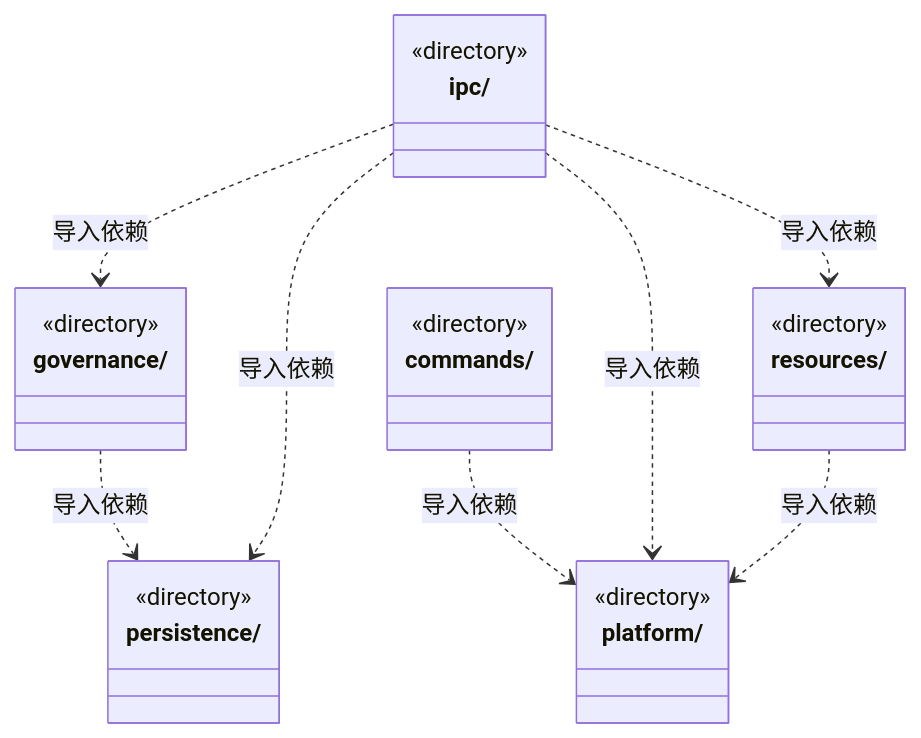
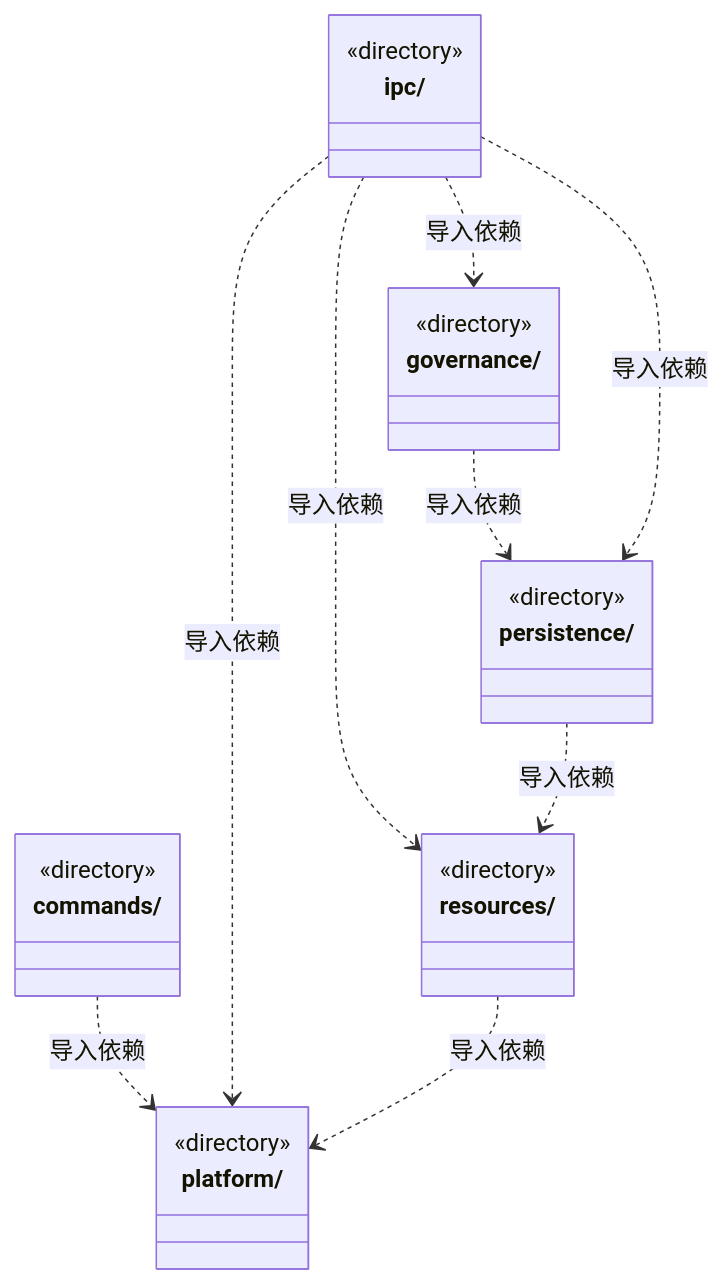
Before and after one commit to nan023062/cbim: the first of 6 diagrams in src/backend/main/ARCHITECTURE.md, drawn with Mermaid. The commit also changed other lines of this file and 64 other files, not shown here.

````diff
--- a/src/backend/main/ARCHITECTURE.md
+++ b/src/backend/main/ARCHITECTURE.md
@@ -22,28 +22,29 @@
 ```mermaid
 classDiagram
 class N_src_backend_main_commands["commands/"] {
   <<directory>>
 }
 class N_src_backend_main_governance["governance/"] {
   <<directory>>
 }
 class N_src_backend_main_ipc["ipc/"] {
   <<directory>>
 }
 class N_src_backend_main_persistence["persistence/"] {
   <<directory>>
 }
 class N_src_backend_main_platform["platform/"] {
   <<directory>>
 }
 class N_src_backend_main_resources["resources/"] {
   <<directory>>
 }
 N_src_backend_main_commands ..> N_src_backend_main_platform : 导入依赖
 N_src_backend_main_governance ..> N_src_backend_main_persistence : 导入依赖
 N_src_backend_main_ipc ..> N_src_backend_main_persistence : 导入依赖
 N_src_backend_main_ipc ..> N_src_backend_main_resources : 导入依赖
 N_src_backend_main_ipc ..> N_src_backend_main_platform : 导入依赖
 N_src_backend_main_ipc ..> N_src_backend_main_governance : 导入依赖
+N_src_backend_main_persistence ..> N_src_backend_main_resources : 导入依赖
 N_src_backend_main_resources ..> N_src_backend_main_platform : 导入依赖
 ```
````
